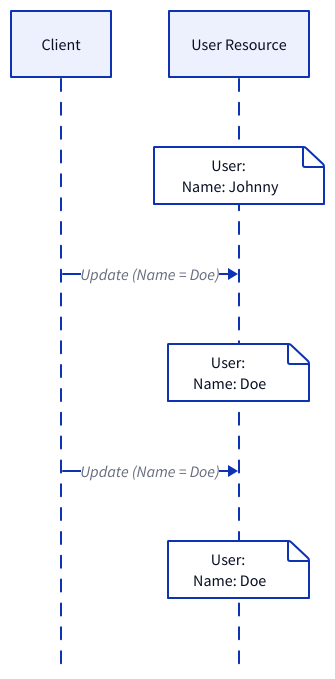
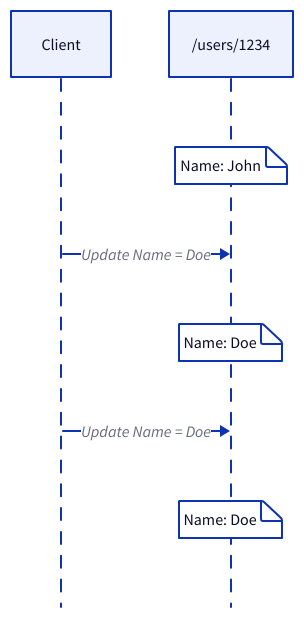
Before and after one commit to link1905/system-design-101: the fifth of 9 diagrams in content/docs/web-service/api-design/_index.md, drawn with D2. The commit also changed other lines of this file and 49 other files, not shown here.

````diff
--- a/content/docs/web-service/api-design/_index.md
+++ b/content/docs/web-service/api-design/_index.md
@@ -240,28 +245,25 @@
 ```d2
 shape: sequence_diagram
 direction: right
 c: Client {
     class: client
 }
-u: User Resource
+u: "/users/1234"
 u {
     f1: |||yaml
-    User:
-        Name: Johnny
+    Name: John
     |||
 }
-c -> u: Update (Name = Doe)
+c -> u: Update Name = Doe
 u {
     f2: |||yaml
-    User:
-        Name: Doe
+    Name: Doe
     |||
 }
-c -> u: Update (Name = Doe)
+c -> u: Update Name = Doe
 u {
     f3: |||yaml
-    User:
-        Name: Doe
+    Name: Doe
     |||
 }
 ```
````
